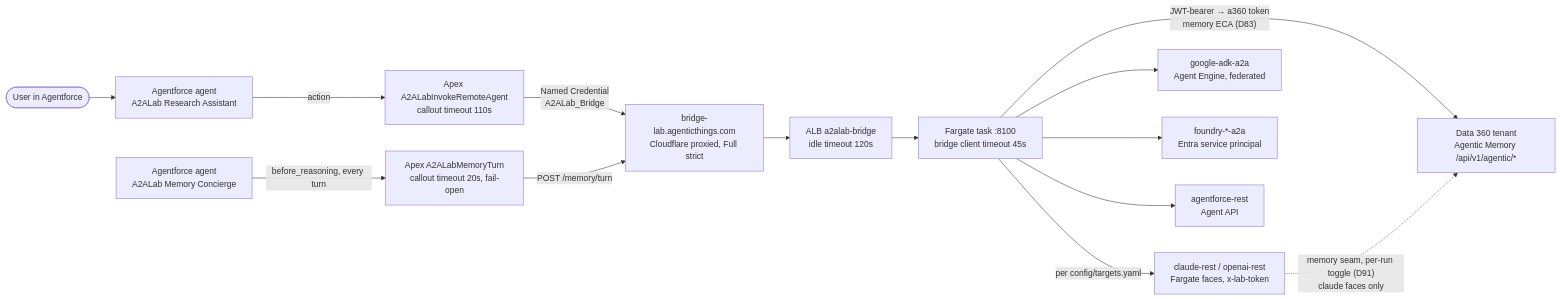
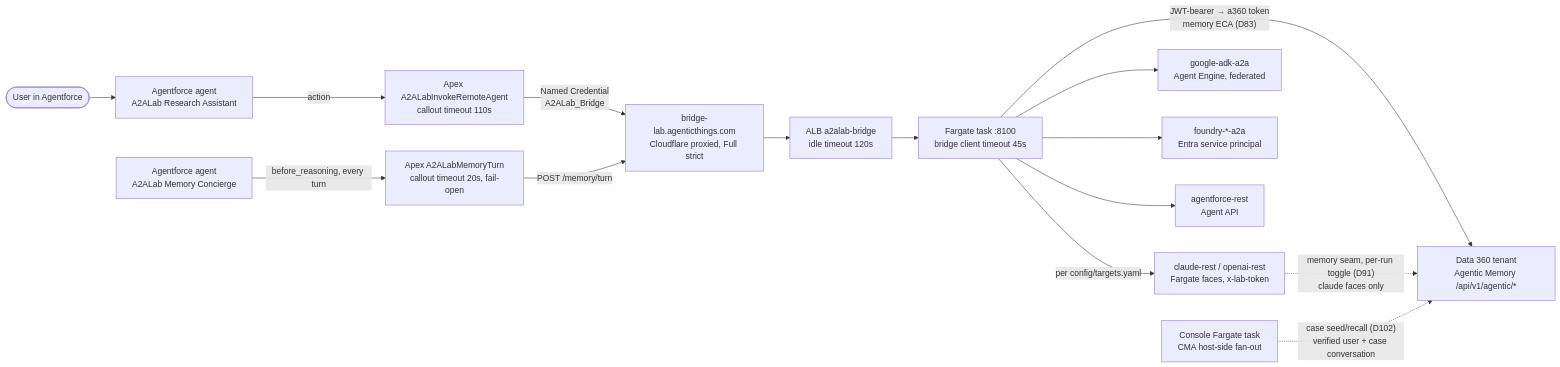
Before and after one commit to congmingwudi/a2a-lab: the fourth of 11 diagrams in plan/09-deployment-map.md, drawn with Mermaid. The commit also changed other lines of this file and 25 other files, not shown here.

````diff
--- a/plan/09-deployment-map.md
+++ b/plan/09-deployment-map.md
@@ -294,16 +294,17 @@
 ```mermaid
 flowchart LR
   USER(["User in Agentforce"]) --> AFA["Agentforce agent<br/>A2ALab Research Assistant"]
   AFA -->|"action"| APEX["Apex A2ALabInvokeRemoteAgent<br/>callout timeout 110s"]
   APEX -->|"Named Credential<br/>A2ALab_Bridge"| DNS["bridge-lab.agenticthings.com<br/>Cloudflare proxied, Full strict"]
   DNS --> ALBX["ALB a2alab-bridge<br/>idle timeout 120s"]
   ALBX --> BRX["Fargate task :8100<br/>bridge client timeout 45s"]
   BRX -->|"per config/targets.yaml"| T1["claude-rest / openai-rest<br/>Fargate faces, x-lab-token"]
   BRX --> T2["google-adk-a2a<br/>Agent Engine, federated"]
   BRX --> T3["foundry-*-a2a<br/>Entra service principal"]
   BRX --> T4["agentforce-rest<br/>Agent API"]
   CON["Agentforce agent<br/>A2ALab Memory Concierge"] -->|"before_reasoning, every turn"| MAPEX["Apex A2ALabMemoryTurn<br/>callout timeout 20s, fail-open"]
   MAPEX -->|"POST /memory/turn"| DNS
   BRX -->|"JWT-bearer → a360 token<br/>memory ECA (D83)"| MEM["Data 360 tenant<br/>Agentic Memory /api/v1/agentic/*"]
   T1 -.->|"memory seam, per-run toggle (D91)<br/>claude faces only"| MEM
+  CMA["Console Fargate task<br/>CMA host-side fan-out"] -.->|"case seed/recall (D102)<br/>verified user + case conversation"| MEM
 ```
````
